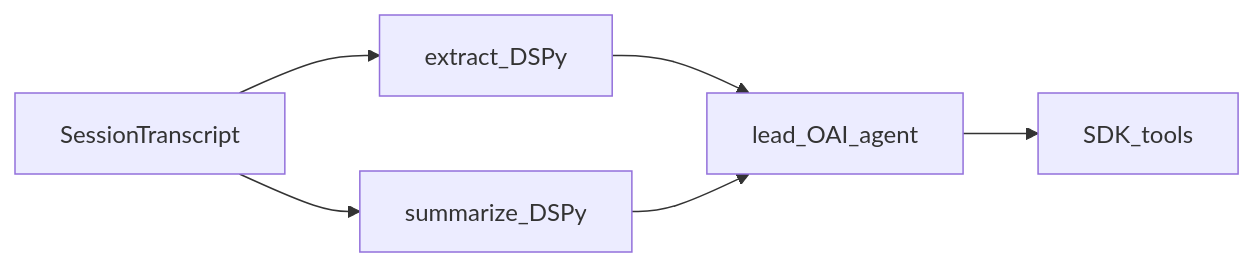
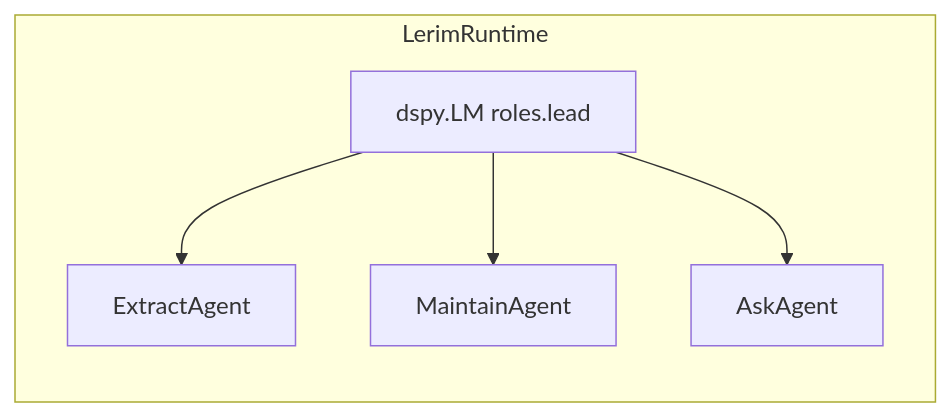
One commit to lerim-dev/lerim-cli changed the diagram in docs/configuration/model-roles.md. Above: the diagram before and after it, drawn with Mermaid. The commit also changed other lines of this file and 33 other files, not shown here.

First line of the commit message:
refactor: update Lerim's memory architecture and agent roles

````diff
--- a/docs/configuration/model-roles.md
+++ b/docs/configuration/model-roles.md
@@ -19,8 +18,12 @@
 ```mermaid
 flowchart LR
-	Transcript[SessionTranscript] --> Ext[extract_DSPy]
-	Transcript --> Sum[summarize_DSPy]
-	Ext --> Lead[lead_OAI_agent]
-	Sum --> Lead
-	Lead --> Tools[SDK_tools]
+    subgraph rt [LerimRuntime]
+        LeadLM["dspy.LM roles.lead"]
+        EA[ExtractAgent]
+        MA[MaintainAgent]
+        AA[AskAgent]
+    end
+    LeadLM --> EA
+    LeadLM --> MA
+    LeadLM --> AA
 ```
````
